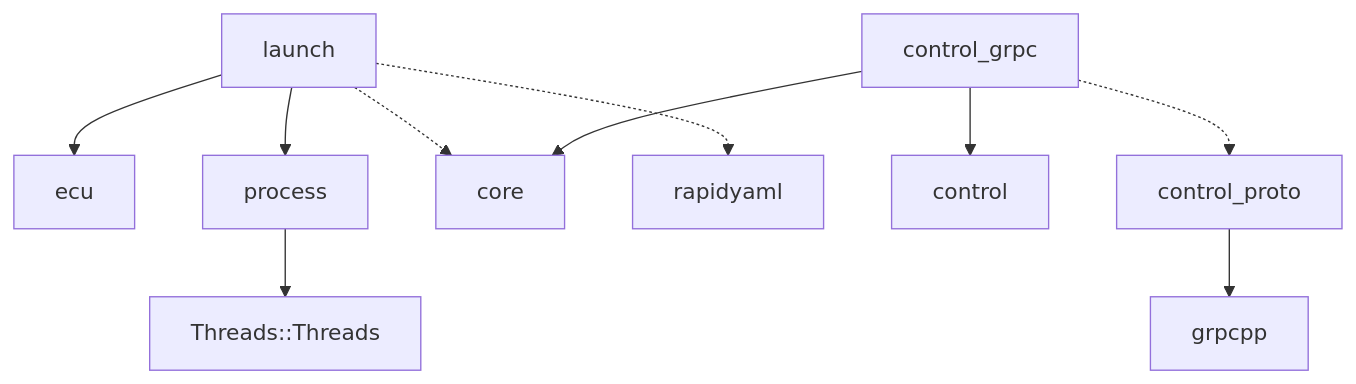
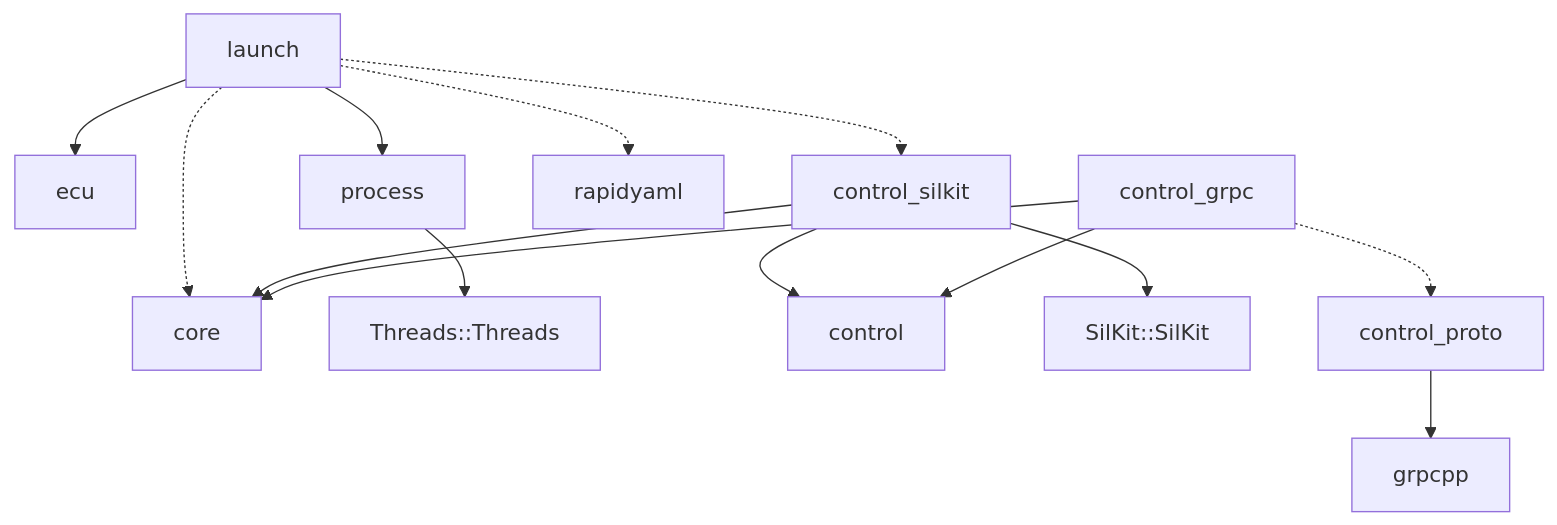
Before and after one commit to rahanahu/vehicle-sil: the sixth of 7 diagrams in docs/code-map.md, drawn with Mermaid. The commit also changed other lines of this file and 55 other files, not shown here.

````diff
--- a/docs/code-map.md
+++ b/docs/code-map.md
@@ -171,12 +174,16 @@
 ```mermaid
 flowchart TD
     launch --> ecu
     launch --> process
     launch -.-> core
+    launch -.-> control_silkit
     launch -.-> rapidyaml
     process --> Threads["Threads::Threads"]
+    control_silkit --> control
+    control_silkit --> core
+    control_silkit --> SilKit["SilKit::SilKit"]
     control_grpc --> control
     control_grpc --> core
     control_grpc -.-> control_proto
     control_proto --> grpcpp
 ```
````
